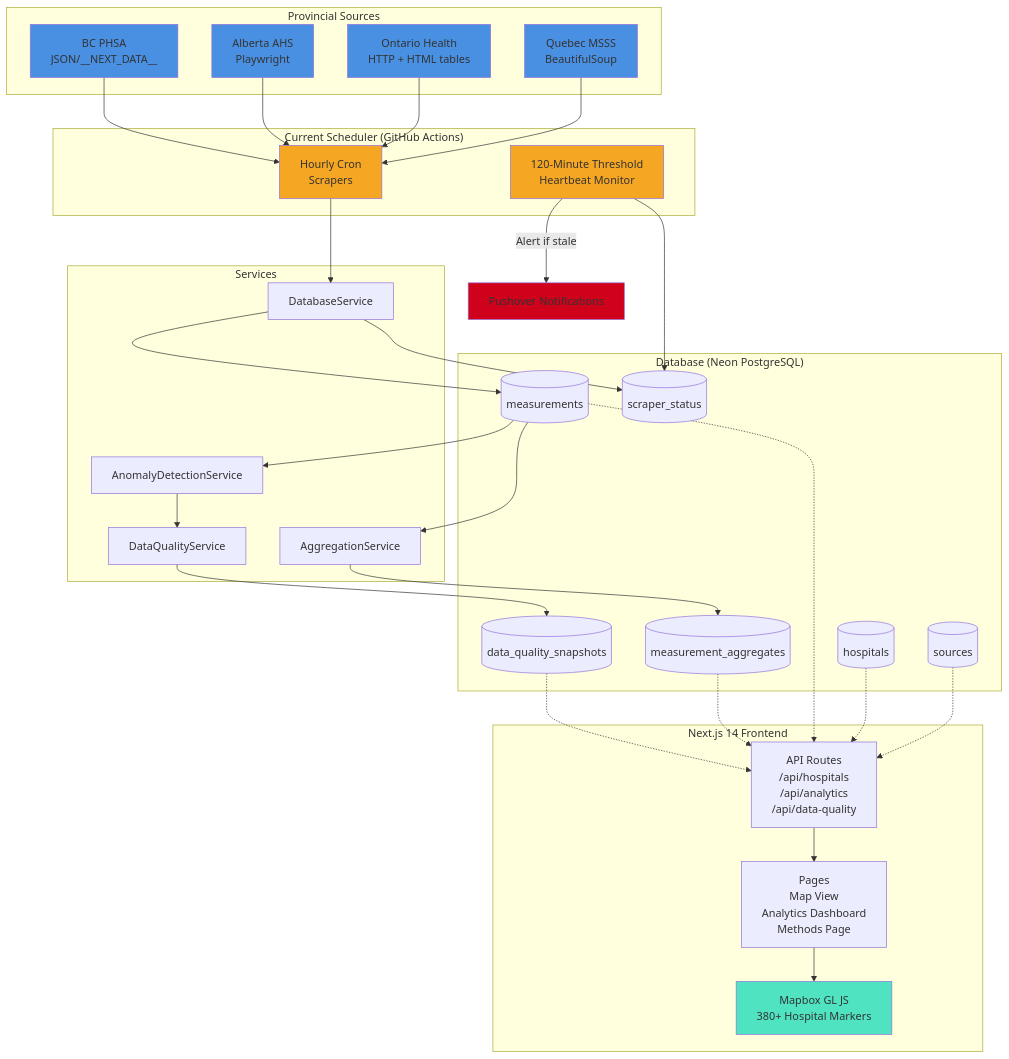
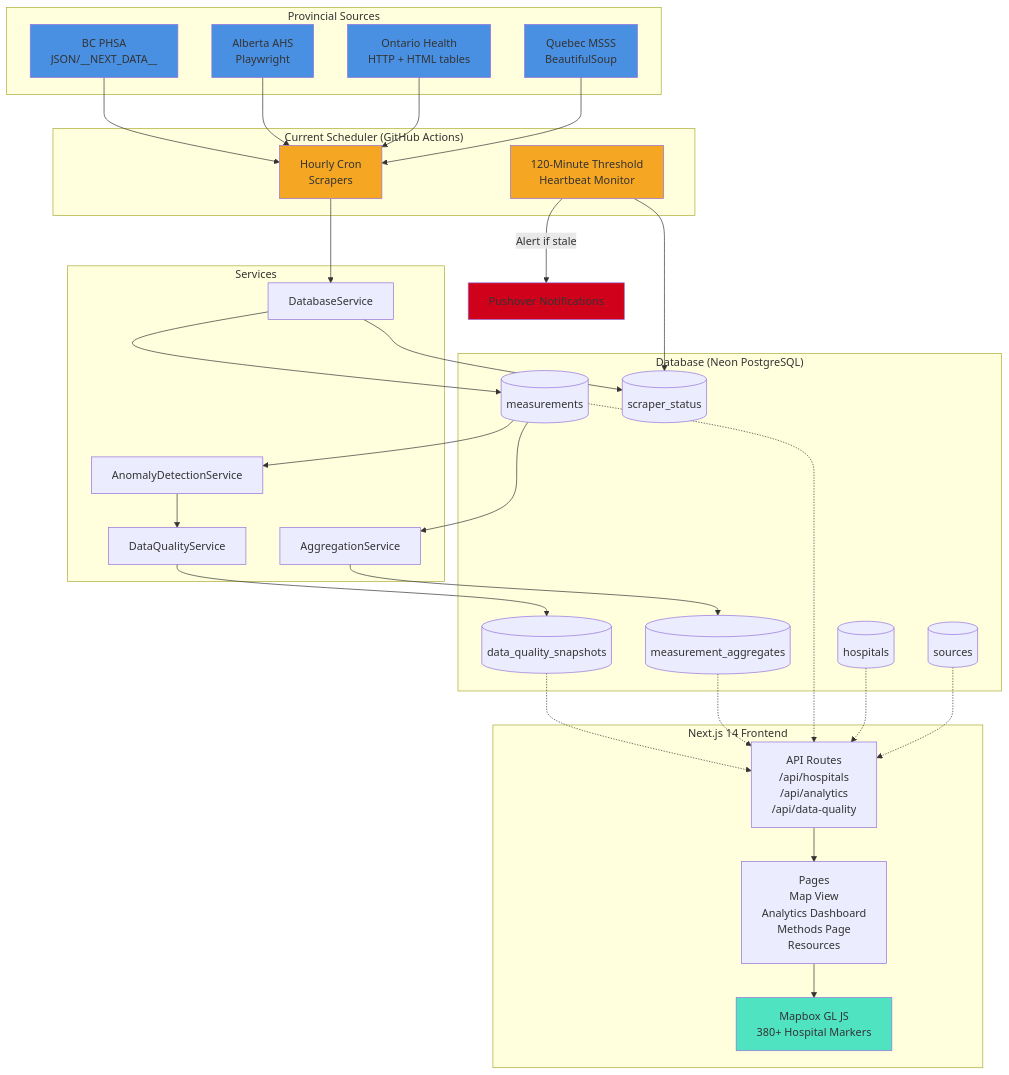
One commit to jerdaw/waittimecanada changed the diagram in README.md. Above: the diagram before and after it, drawn with Mermaid. The commit also changed other lines of this file and 23 other files, not shown here.

````diff
--- a/README.md
+++ b/README.md
@@ -101,73 +109,73 @@
 ```mermaid
 graph TD
     subgraph "Provincial Sources"
         QC[Quebec MSSS<br/>BeautifulSoup]
         ON[Ontario Health<br/>HTTP + HTML tables]
         AB[Alberta AHS<br/>Playwright]
         BC[BC PHSA<br/>JSON/__NEXT_DATA__]
     end
 
     subgraph "Current Scheduler (GitHub Actions)"
         CRON[Hourly Cron<br/>Scrapers]
         HB[120-Minute Threshold<br/>Heartbeat Monitor]
     end
 
     subgraph "Database (Neon PostgreSQL)"
         SOURCES[(sources)]
         HOSPITALS[(hospitals)]
         MEASUREMENTS[(measurements)]
         AGGREGATES[(measurement_aggregates)]
         QUALITY[(data_quality_snapshots)]
         STATUS[(scraper_status)]
     end
 
     subgraph "Next.js 14 Frontend"
         API[API Routes<br/>/api/hospitals<br/>/api/analytics<br/>/api/data-quality]
-        PAGES[Pages<br/>Map View<br/>Analytics Dashboard<br/>Methods Page]
+        PAGES[Pages<br/>Map View<br/>Analytics Dashboard<br/>Methods Page<br/>Resources]
         MAP[Mapbox GL JS<br/>380+ Hospital Markers]
     end
 
     subgraph "Services"
         DB_SVC[DatabaseService]
         AGG_SVC[AggregationService]
         DQ_SVC[DataQualityService]
         ANOM_SVC[AnomalyDetectionService]
     end
 
     QC --> CRON
     ON --> CRON
     AB --> CRON
     BC --> CRON
 
     CRON --> DB_SVC
     DB_SVC --> MEASUREMENTS
     DB_SVC --> STATUS
 
     HB --> STATUS
     HB -->|Alert if stale| PUSHOVER[Pushover Notifications]
 
     MEASUREMENTS --> AGG_SVC
     AGG_SVC --> AGGREGATES
 
     MEASUREMENTS --> ANOM_SVC
     ANOM_SVC --> DQ_SVC
     DQ_SVC --> QUALITY
 
     SOURCES -.-> API
     HOSPITALS -.-> API
     MEASUREMENTS -.-> API
     AGGREGATES -.-> API
     QUALITY -.-> API
 
     API --> PAGES
     PAGES --> MAP
 
     style QC fill:#4A90E2
     style ON fill:#4A90E2
     style AB fill:#4A90E2
     style BC fill:#4A90E2
     style CRON fill:#F5A623
     style HB fill:#F5A623
     style PUSHOVER fill:#D0021B
     style MAP fill:#50E3C2
 ```
````
